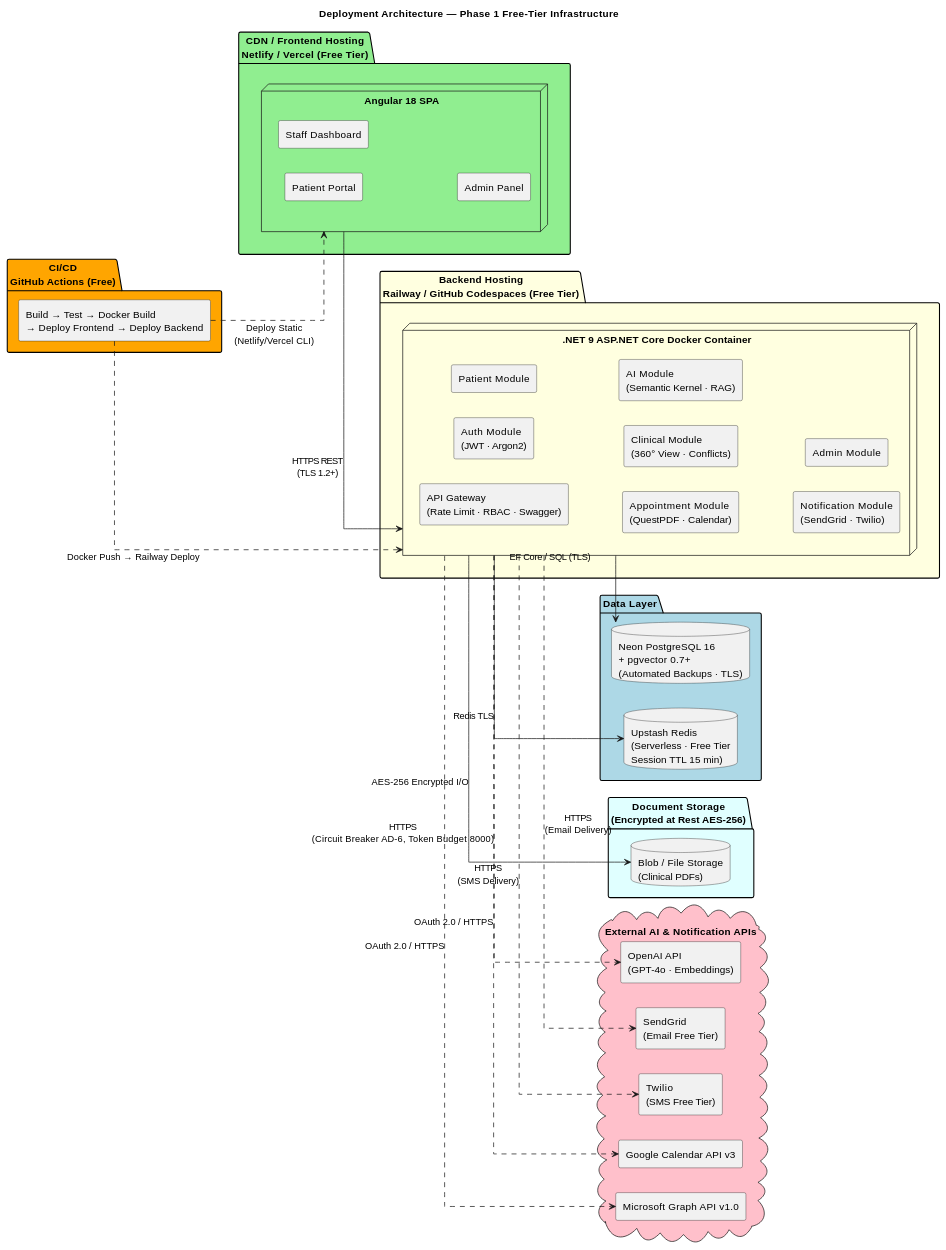
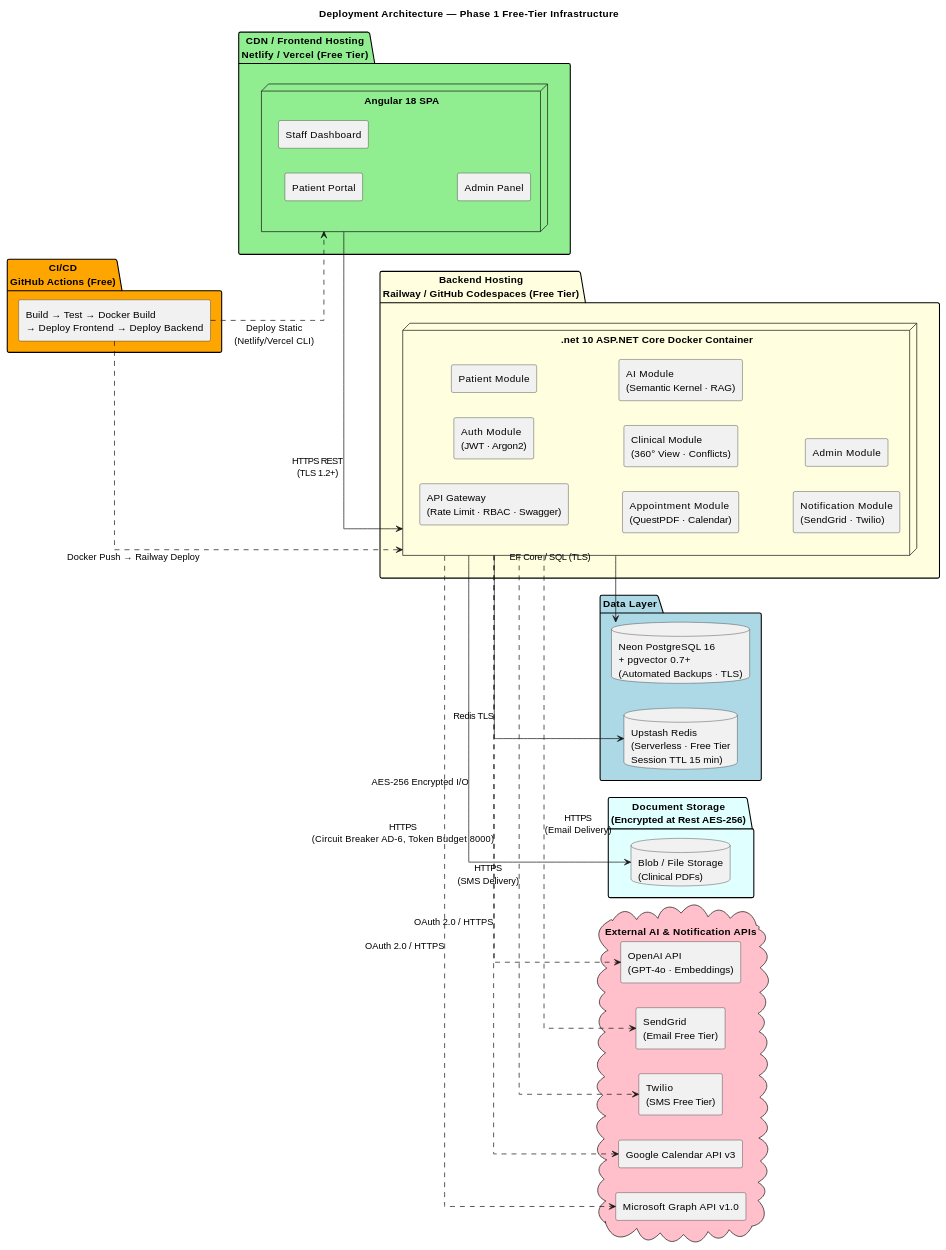
The third of 19 diagrams in .propel/context/docs/models.md (divya-bharathi-24/Propel-IQ-Patient-Platform), drawn with PlantUML before and after one commit. The commit also changed other lines of this file and 109 other files, not shown here.

````diff
--- a/.propel/context/docs/models.md
+++ b/.propel/context/docs/models.md
@@ -165,64 +165,64 @@
 ```plantuml
 @startuml DeploymentArchitecture
 left to right direction
 skinparam componentStyle rectangle
 skinparam linetype ortho
 
 title Deployment Architecture — Phase 1 Free-Tier Infrastructure
 
 package "CDN / Frontend Hosting\nNetlify / Vercel (Free Tier)" #LightGreen {
   node "Angular 18 SPA" as FE {
     component "Patient Portal" as FEP
     component "Staff Dashboard" as FES
     component "Admin Panel" as FEA
   }
 }
 
 package "Backend Hosting\nRailway / GitHub Codespaces (Free Tier)" #LightYellow {
-  node ".NET 9 ASP.NET Core Docker Container" as BE {
+  node ".net 10 ASP.NET Core Docker Container" as BE {
     component "API Gateway\n(Rate Limit · RBAC · Swagger)" as AGW
     component "Auth Module\n(JWT · Argon2)" as AuthC
     component "Patient Module" as PatC
     component "Appointment Module\n(QuestPDF · Calendar)" as ApptC
     component "Clinical Module\n(360° View · Conflicts)" as ClinC
     component "AI Module\n(Semantic Kernel · RAG)" as AIC
     component "Notification Module\n(SendGrid · Twilio)" as NotC
     component "Admin Module" as AdmC
   }
 }
 
 package "Data Layer" #LightBlue {
   database "Neon PostgreSQL 16\n+ pgvector 0.7+\n(Automated Backups · TLS)" as PGDB
   database "Upstash Redis\n(Serverless · Free Tier\nSession TTL 15 min)" as RDS
 }
 
 package "Document Storage\n(Encrypted at Rest AES-256)" #LightCyan {
   database "Blob / File Storage\n(Clinical PDFs)" as DocStore
 }
 
 cloud "External AI & Notification APIs" #Pink {
   component "OpenAI API\n(GPT-4o · Embeddings)" as OAPI
   component "SendGrid\n(Email Free Tier)" as SG
   component "Twilio\n(SMS Free Tier)" as TW
   component "Google Calendar API v3" as GCAL
   component "Microsoft Graph API v1.0" as MSG
 }
 
 package "CI/CD\nGitHub Actions (Free)" #Orange {
   component "Build → Test → Docker Build\n→ Deploy Frontend → Deploy Backend" as CICD
 }
 
 FE --> BE : HTTPS REST\n(TLS 1.2+)
 BE --> PGDB : EF Core / SQL (TLS)
 BE --> RDS : Redis TLS
 BE --> DocStore : AES-256 Encrypted I/O
 BE ..> OAPI : HTTPS\n(Circuit Breaker AD-6, Token Budget 8000)
 BE ..> SG : HTTPS\n(Email Delivery)
 BE ..> TW : HTTPS\n(SMS Delivery)
 BE ..> GCAL : OAuth 2.0 / HTTPS
 BE ..> MSG : OAuth 2.0 / HTTPS
 CICD ..> FE : Deploy Static\n(Netlify/Vercel CLI)
 CICD ..> BE : Docker Push → Railway Deploy
 
 @enduml
 ```
````
